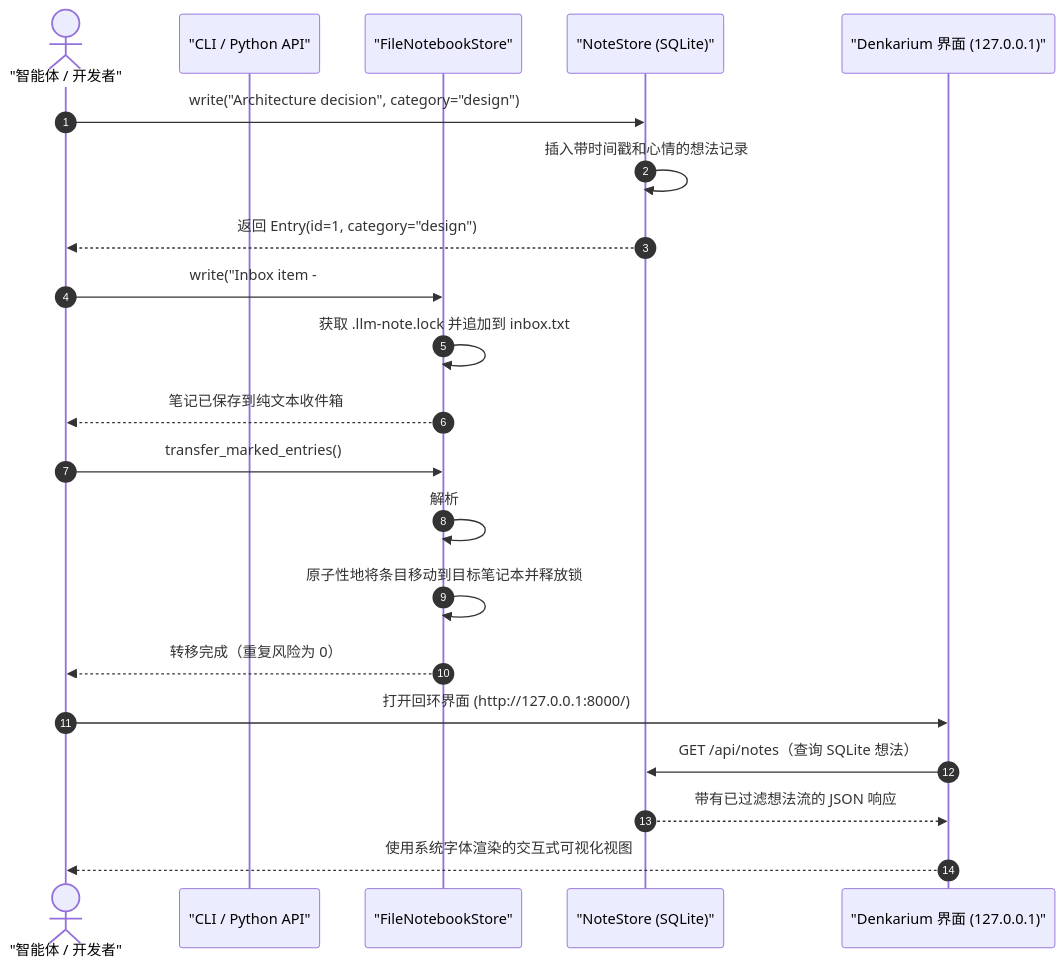
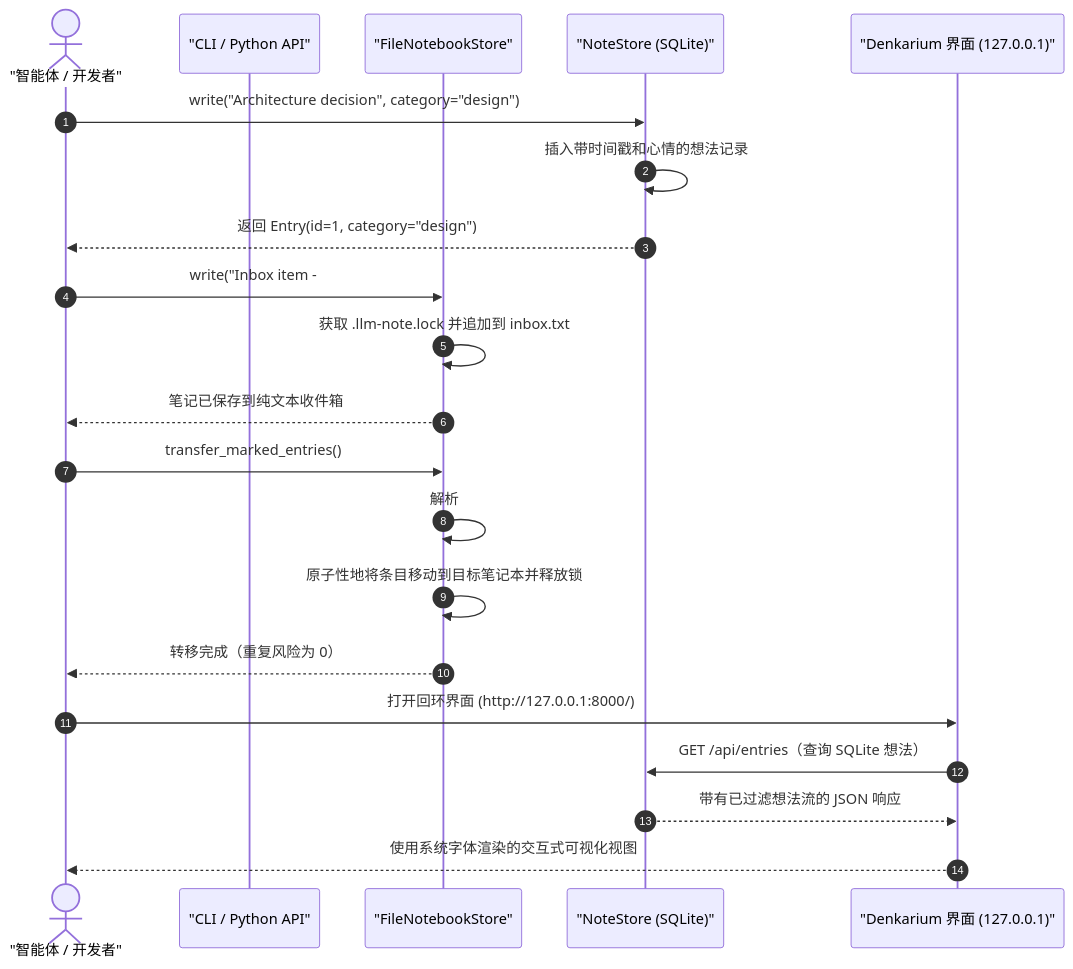
Before and after one commit to doc-bricks/llm-note: the second of 2 diagrams in README_zh-Hans.md, drawn with Mermaid. The commit also changed other lines of this file and 9 other files, not shown here.

````diff
--- a/README_zh-Hans.md
+++ b/README_zh-Hans.md
@@ -142,27 +142,27 @@
 ```mermaid
 sequenceDiagram
     autonumber
     actor UserOrAgent as "智能体 / 开发者"
     participant CLI as "CLI / Python API"
     participant FileStore as "FileNotebookStore"
     participant NoteStore as "NoteStore (SQLite)"
     participant Denkarium as "Denkarium 界面 (127.0.0.1)"
 
     UserOrAgent ->> NoteStore: write("Architecture decision", category="design")
     NoteStore ->> NoteStore: 插入带时间戳和心情的想法记录
     NoteStore -->> UserOrAgent: 返回 Entry(id=1, category="design")
 
     UserOrAgent ->> FileStore: write("Inbox item - #NB: Project Ideas")
     FileStore ->> FileStore: 获取 .llm-note.lock 并追加到 inbox.txt
     FileStore -->> UserOrAgent: 笔记已保存到纯文本收件箱
 
     UserOrAgent ->> FileStore: transfer_marked_entries()
     FileStore ->> FileStore: 解析 #NB: 目标笔记本并分配稳定的 #LLM-NOTE-ID
     FileStore ->> FileStore: 原子性地将条目移动到目标笔记本并释放锁
     FileStore -->> UserOrAgent: 转移完成（重复风险为 0）
 
     UserOrAgent ->> Denkarium: 打开回环界面 (http://127.0.0.1:8000/)
-    Denkarium ->> NoteStore: GET /api/notes（查询 SQLite 想法）
+    Denkarium ->> NoteStore: GET /api/entries（查询 SQLite 想法）
     NoteStore -->> Denkarium: 带有已过滤想法流的 JSON 响应
     Denkarium -->> UserOrAgent: 使用系统字体渲染的交互式可视化视图
 ```
````
